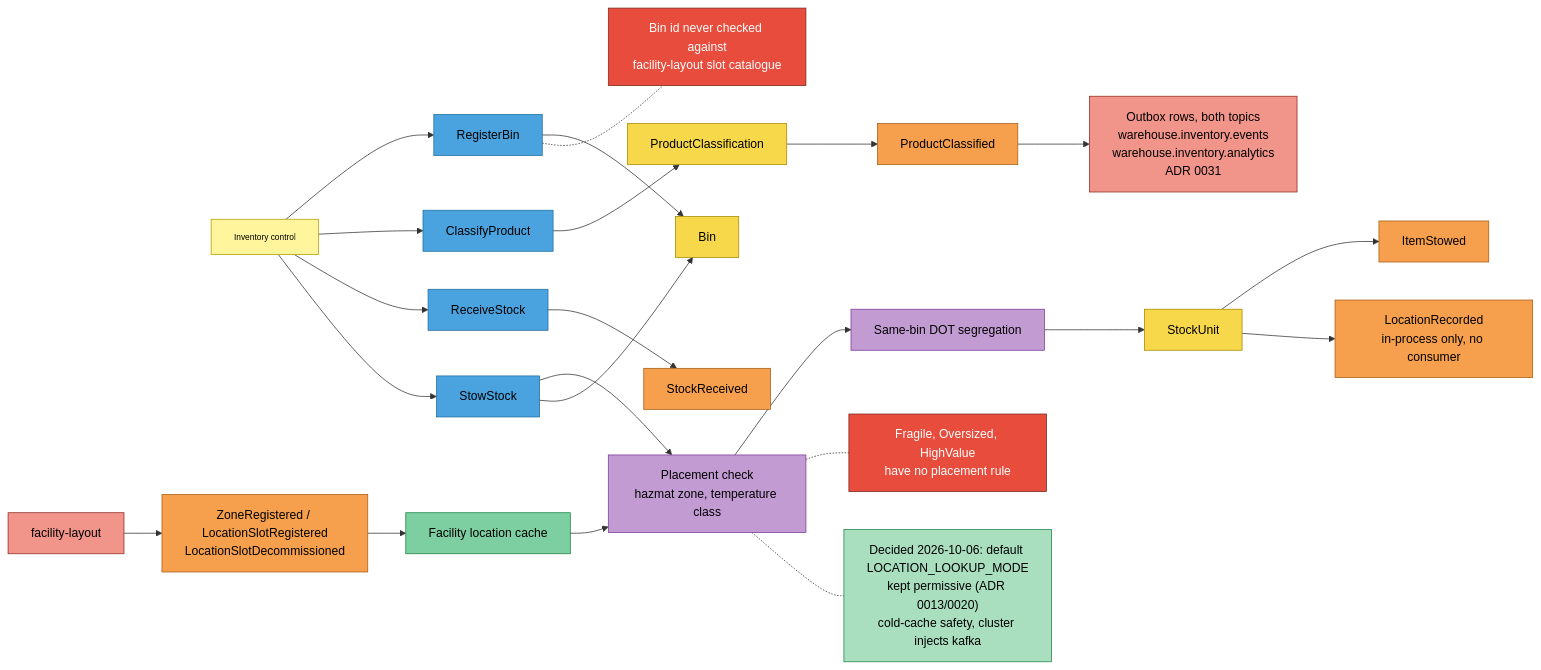
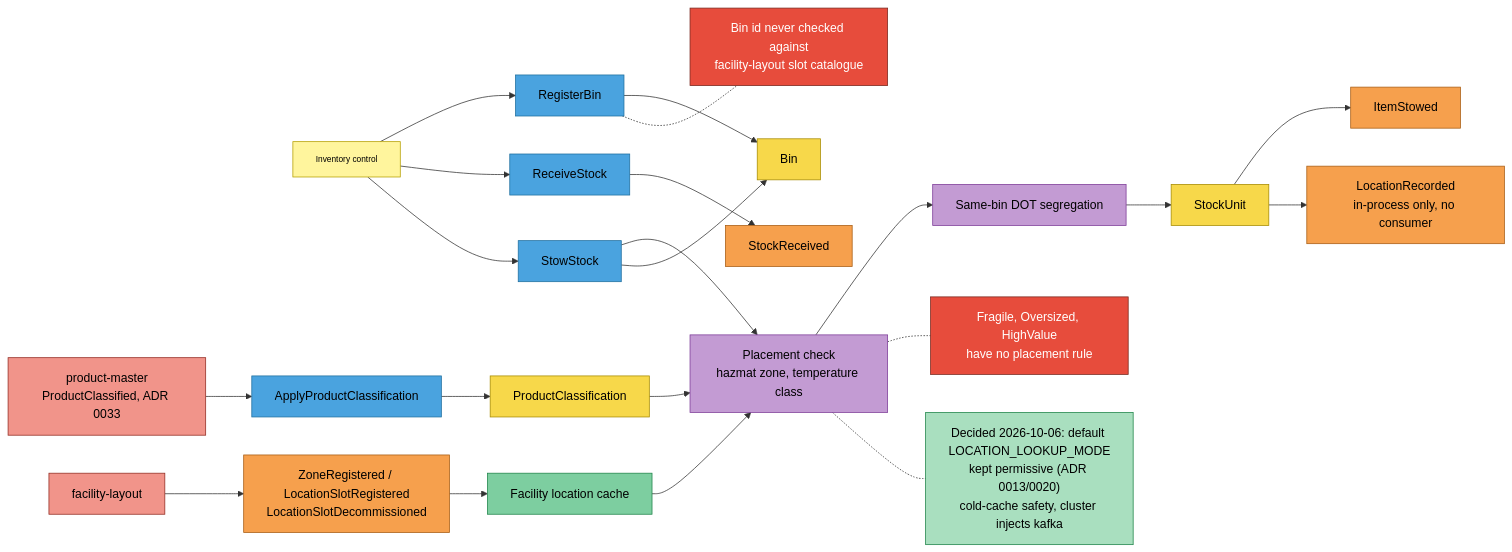
Before and after one commit to IQVO/inventory-storage: the second of 4 diagrams in docs/docs/ddd/eventstorming.md, drawn with Mermaid. The commit also changed other lines of this file and 14 other files, not shown here.

Commit message:
docs: regenerate REST API reference; DDD pages describe the product-master local copy (ADR 0033)

````diff
--- a/docs/docs/ddd/eventstorming.md
+++ b/docs/docs/ddd/eventstorming.md
@@ -42,48 +42,47 @@
 ```mermaid
 flowchart LR
     IC["Inventory control"]:::actor
     FL["facility-layout"]:::external
     ZE["ZoneRegistered / LocationSlotRegistered<br/>LocationSlotDecommissioned"]:::event
     CACHE["Facility location cache"]:::readmodel
     RB["RegisterBin"]:::command
     BIN["Bin"]:::aggregate
-    CP["ClassifyProduct"]:::command
+    PM["product-master<br/>ProductClassified, ADR 0033"]:::external
+    CP["ApplyProductClassification"]:::command
     PC["ProductClassification"]:::aggregate
-    PCE["ProductClassified"]:::event
-    OUT["Outbox rows, both topics<br/>warehouse.inventory.events<br/>warehouse.inventory.analytics<br/>ADR 0031"]:::external
     RS["ReceiveStock"]:::command
     SRE["StockReceived"]:::event
     SS["StowStock"]:::command
     PLC["Placement check<br/>hazmat zone, temperature class"]:::policy
     SEG["Same-bin DOT segregation"]:::policy
     SU["StockUnit"]:::aggregate
     IS["ItemStowed"]:::event
     LR["LocationRecorded<br/>in-process only, no consumer"]:::event
     H1["Bin id never checked against<br/>facility-layout slot catalogue"]:::hotspot
     H2["Fragile, Oversized, HighValue<br/>have no placement rule"]:::hotspot
     H3["Decided 2026-10-06: default LOCATION_LOOKUP_MODE<br/>kept permissive (ADR 0013/0020)<br/>cold-cache safety, cluster injects kafka"]:::decided
 
     FL --> ZE --> CACHE
     IC --> RB --> BIN
-    IC --> CP --> PC --> PCE --> OUT
+    PM --> CP --> PC --> PLC
     IC --> RS --> SRE
     IC --> SS --> PLC
     CACHE --> PLC
     PLC --> SEG --> SU
     SS --> BIN
     SU --> IS
     SU --> LR
     RB -.- H1
     PLC -.- H2
     PLC -.- H3
 
     classDef actor fill:#fff59d,stroke:#b59f00,color:#000,font-size:11px
     classDef command fill:#4aa3df,stroke:#1f6f9f,color:#000
     classDef aggregate fill:#f7d84a,stroke:#a68b00,color:#000
     classDef event fill:#f6a04d,stroke:#a85d14,color:#000
     classDef policy fill:#c39bd3,stroke:#7d3c98,color:#000
     classDef readmodel fill:#7dcea0,stroke:#1e8449,color:#000
     classDef external fill:#f1948a,stroke:#922b21,color:#000
     classDef hotspot fill:#e74c3c,stroke:#78281f,color:#fff
     classDef decided fill:#a9dfbf,stroke:#1e8449,color:#000
 ```
````
